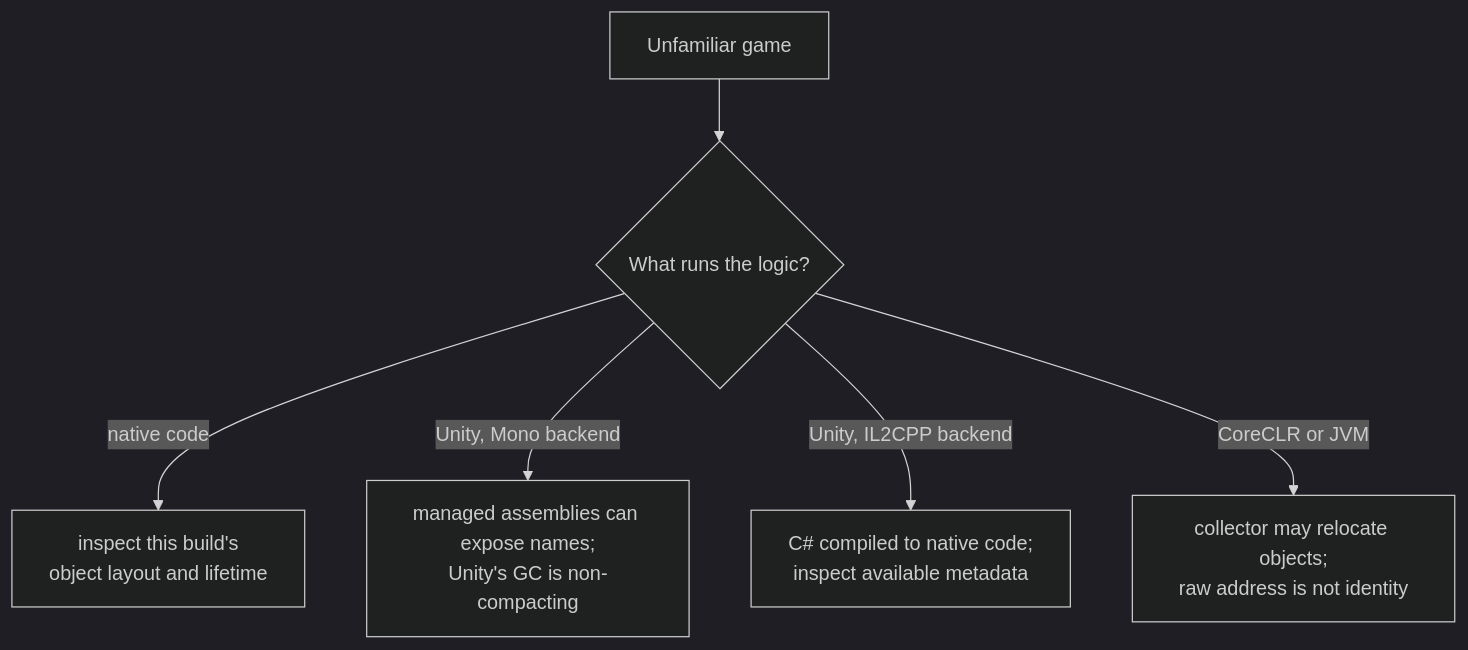
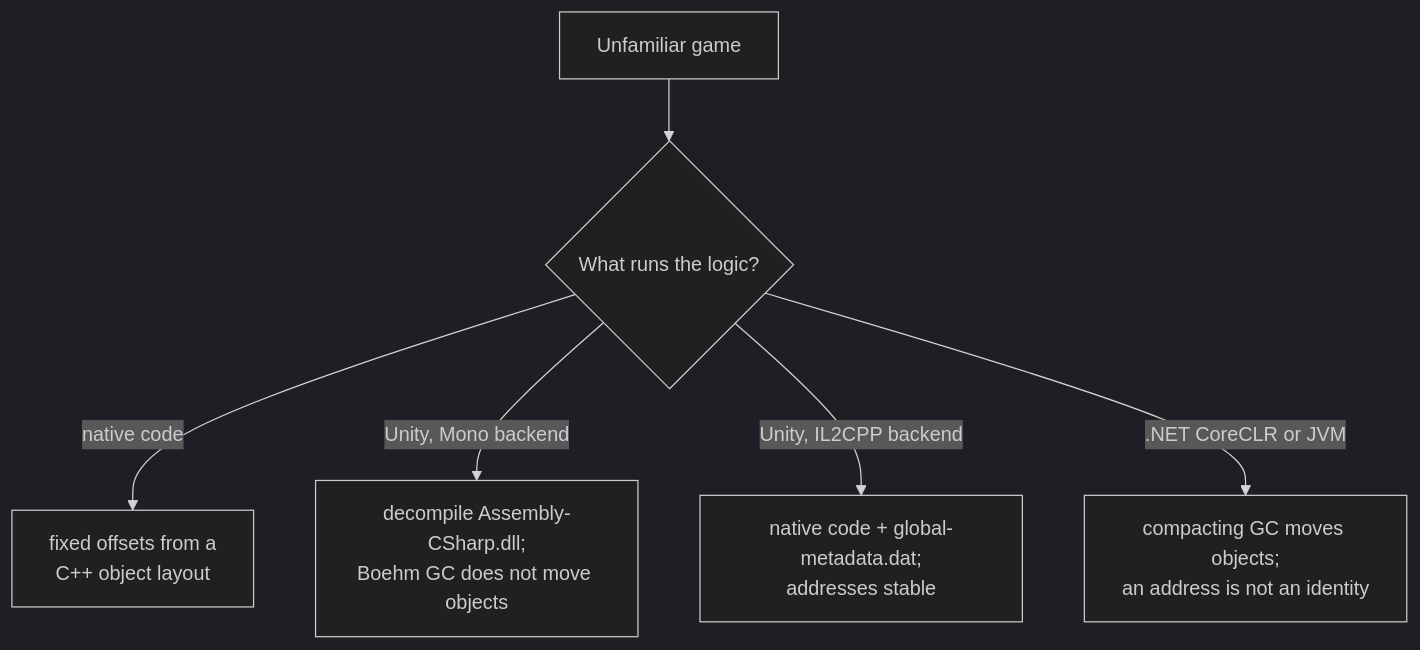
The diagram in site/src/content/docs/pages/10/09.mdx (MustCodeAl/rust-game-hacking-book), drawn with Mermaid (dark theme) before and after one commit. The commit also changed other lines of this file and 121 other files, not shown here.

````diff
--- a/site/src/content/docs/pages/10/09.mdx
+++ b/site/src/content/docs/pages/10/09.mdx
@@ -29,8 +31,8 @@
 ```mermaid
 flowchart TD
     A["Unfamiliar game"] --> B{"What runs the logic?"}
-    B -->|"native code"| C["inspect this build's<br/>object layout and lifetime"]
-    B -->|"Unity, Mono backend"| D["managed assemblies can expose names;<br/>Unity's GC is non-compacting"]
-    B -->|"Unity, IL2CPP backend"| E["C# compiled to native code;<br/>inspect available metadata"]
-    B -->|"CoreCLR or JVM"| F["collector may relocate objects;<br/>raw address is not identity"]
+    B -->|"native code"| C["fixed offsets from a<br/>C++ object layout"]
+    B -->|"Unity, Mono backend"| D["decompile Assembly-CSharp.dll;<br/>Boehm GC does not move objects"]
+    B -->|"Unity, IL2CPP backend"| E["native code + global-metadata.dat;<br/>addresses stable"]
+    B -->|".NET CoreCLR or JVM"| F["compacting GC moves objects;<br/>an address is not an identity"]
 ```
````
